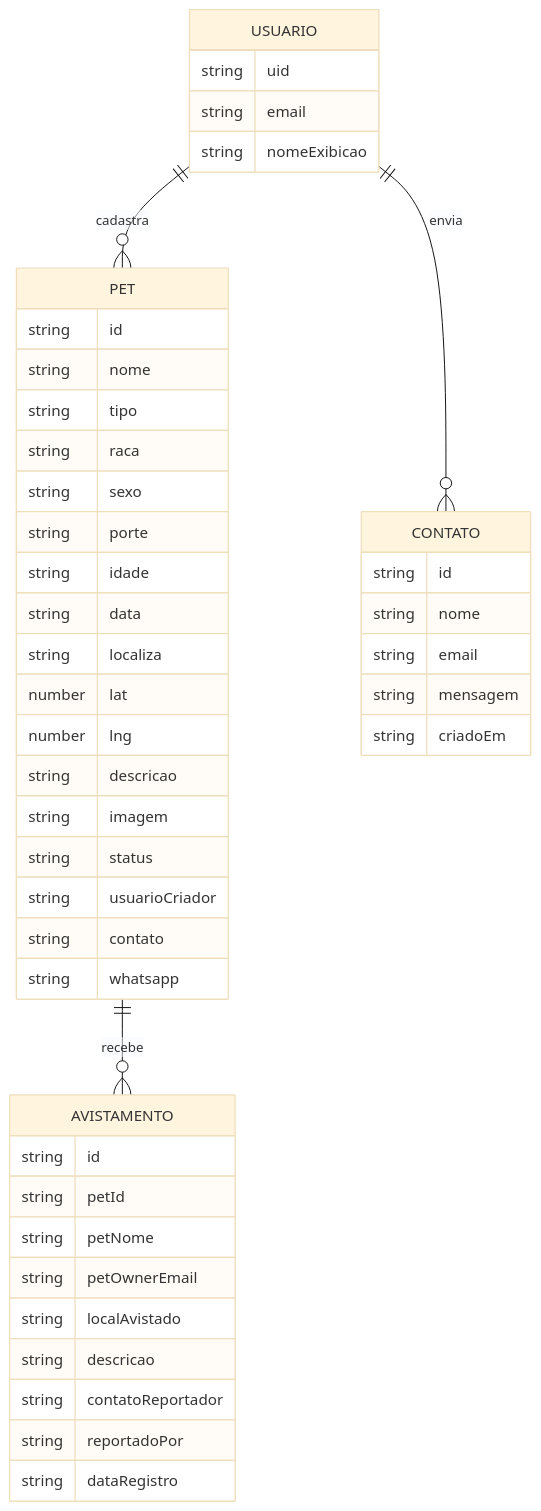
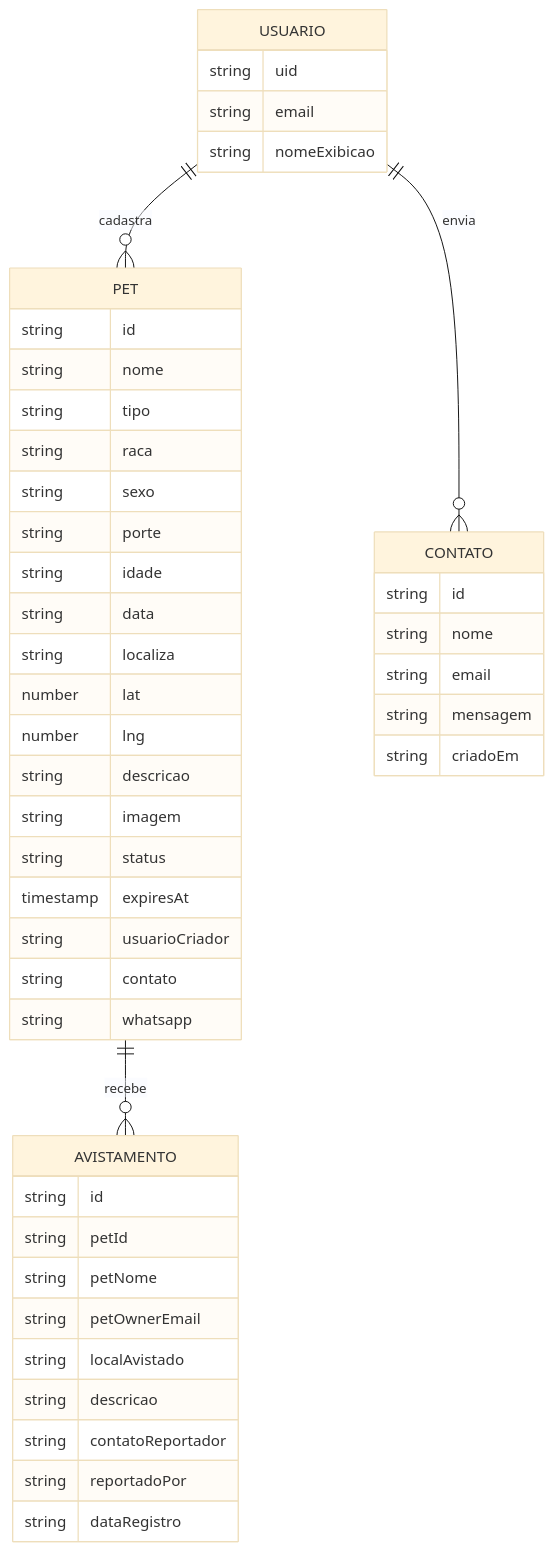
Diagram 14 of 14 in docs/modelagem-site.md (Reminsonrps/PetConecta), drawn with Mermaid (base theme) before and after one commit. The commit also changed other lines of this file, not shown here.

First line of the commit message:
docs: atualizar diagramas do fluxo de achados

````diff
--- a/docs/modelagem-site.md
+++ b/docs/modelagem-site.md
@@ -459,49 +522,50 @@
 ```mermaid
 erDiagram
     USUARIO ||--o{ PET : cadastra
     PET ||--o{ AVISTAMENTO : recebe
     USUARIO ||--o{ CONTATO : envia
 
     USUARIO {
         string uid
         string email
         string nomeExibicao
     }
     PET {
         string id
         string nome
         string tipo
         string raca
         string sexo
         string porte
         string idade
         string data
         string localiza
         number lat
         number lng
         string descricao
         string imagem
         string status
+        timestamp expiresAt
         string usuarioCriador
         string contato
         string whatsapp
     }
     AVISTAMENTO {
         string id
         string petId
         string petNome
         string petOwnerEmail
         string localAvistado
         string descricao
         string contatoReportador
         string reportadoPor
         string dataRegistro
     }
     CONTATO {
         string id
         string nome
         string email
         string mensagem
         string criadoEm
     }
 ```
````
